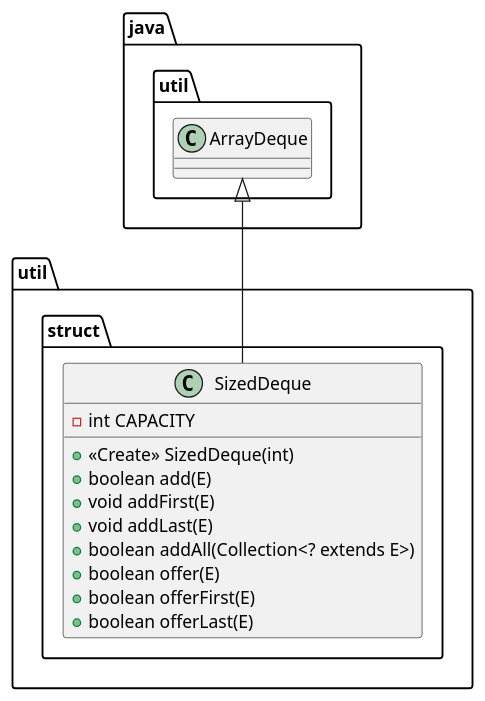
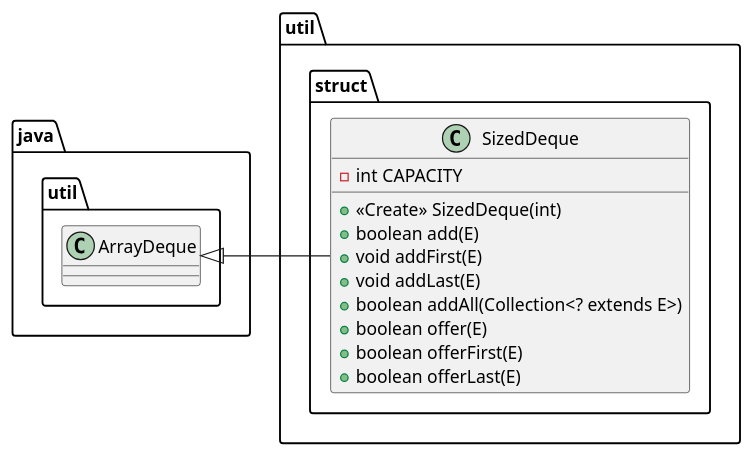
One commit to Avasay-Sayava/BagrutProject changed the diagram in ProjectApp/app/src/main/java/com/avasaysayava/bagrutproject/util/struct/SizedDeque.puml. Above: the diagram before and after it, drawn with PlantUML. The commit also changed 10 other files, not shown here.

```diff
--- a/ProjectApp/app/src/main/java/com/avasaysayava/bagrutproject/util/struct/SizedDeque.puml
+++ b/ProjectApp/app/src/main/java/com/avasaysayava/bagrutproject/util/struct/SizedDeque.puml
@@ -1,18 +1,18 @@
 @startuml
 class util.struct.SizedDeque {
 - int CAPACITY
 + <<Create>> SizedDeque(int)
 + boolean add(E)
 + void addFirst(E)
 + void addLast(E)
 + boolean addAll(Collection<? extends E>)
 + boolean offer(E)
 + boolean offerFirst(E)
 + boolean offerLast(E)
 }
 
 
 
 
-java.util.ArrayDeque <|-- util.struct.SizedDeque
+java.util.ArrayDeque <|- util.struct.SizedDeque
 @enduml
```
